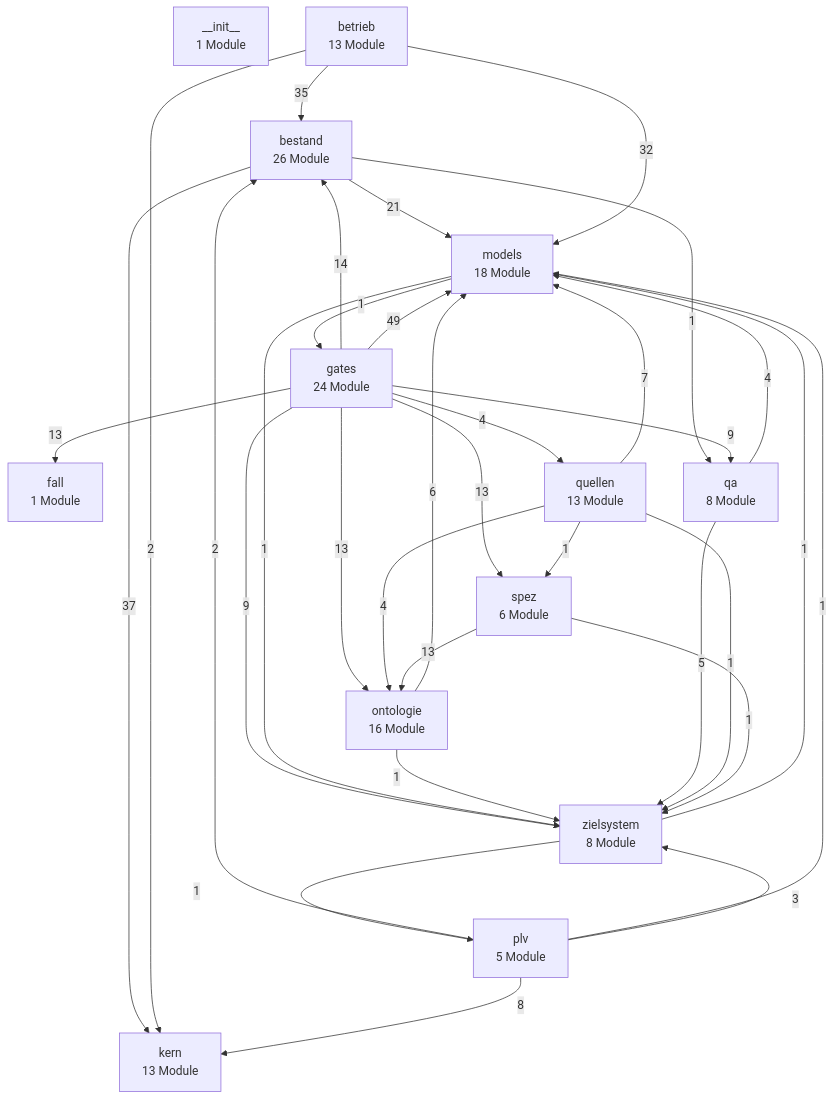
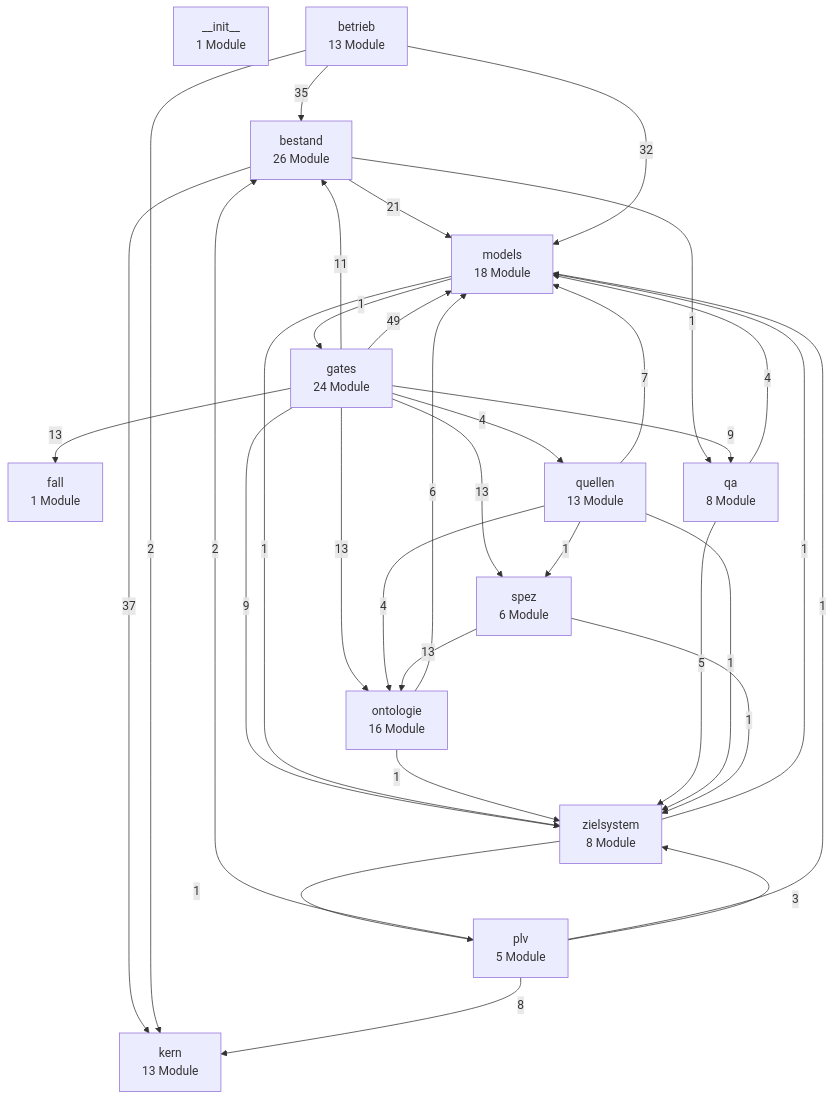
Before and after one commit to bartlmac/rechner-pipeline: the first of 3 diagrams in docs/architektur/landkarte.md, drawn with Mermaid. The commit also changed 6 other files, not shown here.

````diff
--- a/docs/architektur/landkarte.md
+++ b/docs/architektur/landkarte.md
@@ -36,49 +36,49 @@
 ```mermaid
 %% Schichten — erzeugt von ontologie.landkarte
 flowchart TD
     n__init__["__init__<br/>1 Module"]
     bestand["bestand<br/>26 Module"]
     betrieb["betrieb<br/>13 Module"]
     fall["fall<br/>1 Module"]
     gates["gates<br/>24 Module"]
     kern["kern<br/>13 Module"]
     models["models<br/>18 Module"]
     ontologie["ontologie<br/>16 Module"]
     plv["plv<br/>5 Module"]
     qa["qa<br/>8 Module"]
     quellen["quellen<br/>13 Module"]
     spez["spez<br/>6 Module"]
     zielsystem["zielsystem<br/>8 Module"]
     bestand -- 37 --> kern
     bestand -- 21 --> models
     bestand -- 1 --> qa
     betrieb -- 35 --> bestand
     betrieb -- 2 --> kern
     betrieb -- 32 --> models
-    gates -- 14 --> bestand
+    gates -- 11 --> bestand
     gates -- 13 --> fall
     gates -- 49 --> models
     gates -- 13 --> ontologie
     gates -- 9 --> qa
     gates -- 4 --> quellen
     gates -- 13 --> spez
     gates -- 9 --> zielsystem
     models -- 1 --> gates
     models -- 1 --> zielsystem
     ontologie -- 6 --> models
     ontologie -- 1 --> zielsystem
     plv -- 2 --> bestand
     plv -- 8 --> kern
     plv -- 1 --> models
     plv -- 3 --> zielsystem
     qa -- 4 --> models
     qa -- 5 --> zielsystem
     quellen -- 7 --> models
     quellen -- 4 --> ontologie
     quellen -- 1 --> spez
     quellen -- 1 --> zielsystem
     spez -- 13 --> ontologie
     spez -- 1 --> zielsystem
     zielsystem -- 1 --> models
     zielsystem -- 1 --> plv
 ```
````
